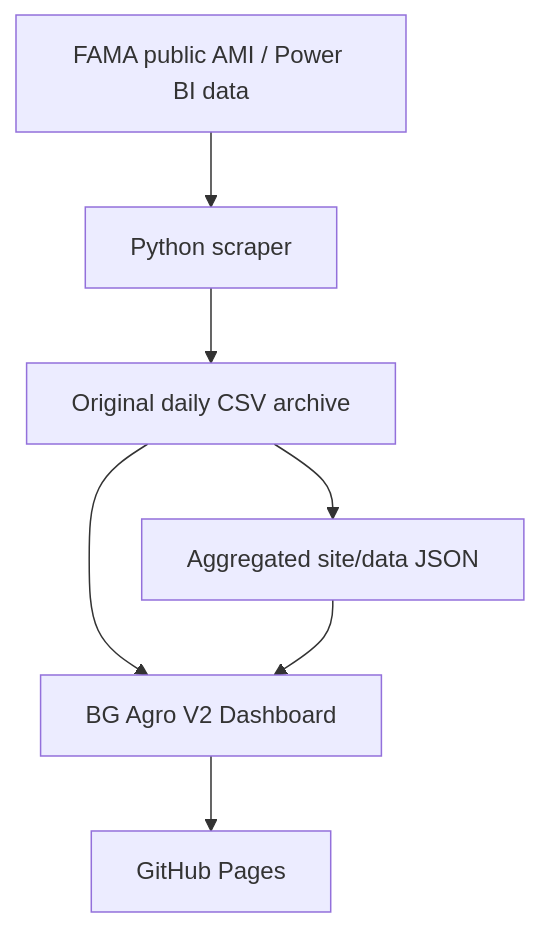
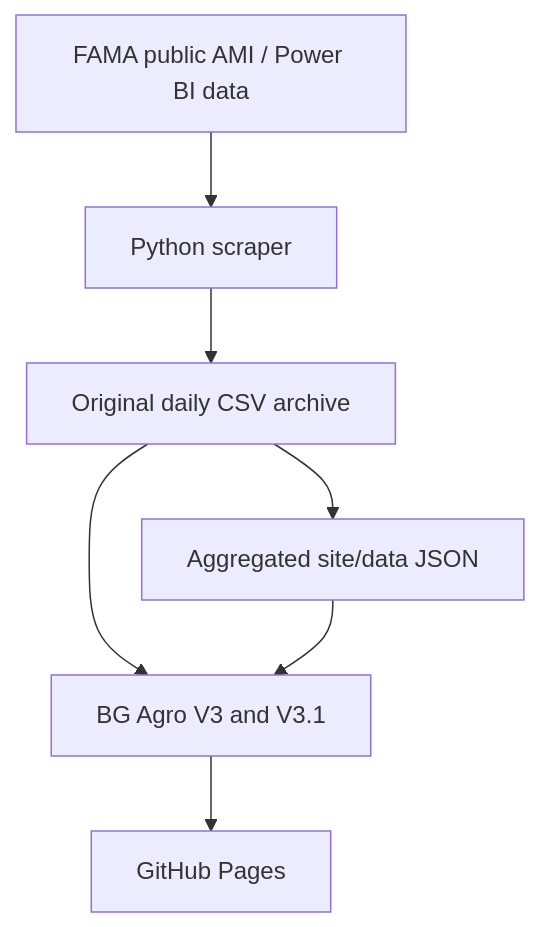
Before and after one commit to Luke2929/bg-agro-price-tracker: the diagram in README.md, drawn with Mermaid. The commit also changed other lines of this file and 16 other files, not shown here.

````diff
--- a/README.md
+++ b/README.md
@@ -80,9 +85,9 @@
 ```mermaid
 flowchart TD
     A["FAMA public AMI / Power BI data"] --> B["Python scraper"]
     B --> C["Original daily CSV archive"]
     C --> D["Aggregated site/data JSON"]
-    C --> E["BG Agro V2 Dashboard"]
+    C --> E["BG Agro V3 and V3.1"]
     D --> E
     E --> F["GitHub Pages"]
 ```
````
